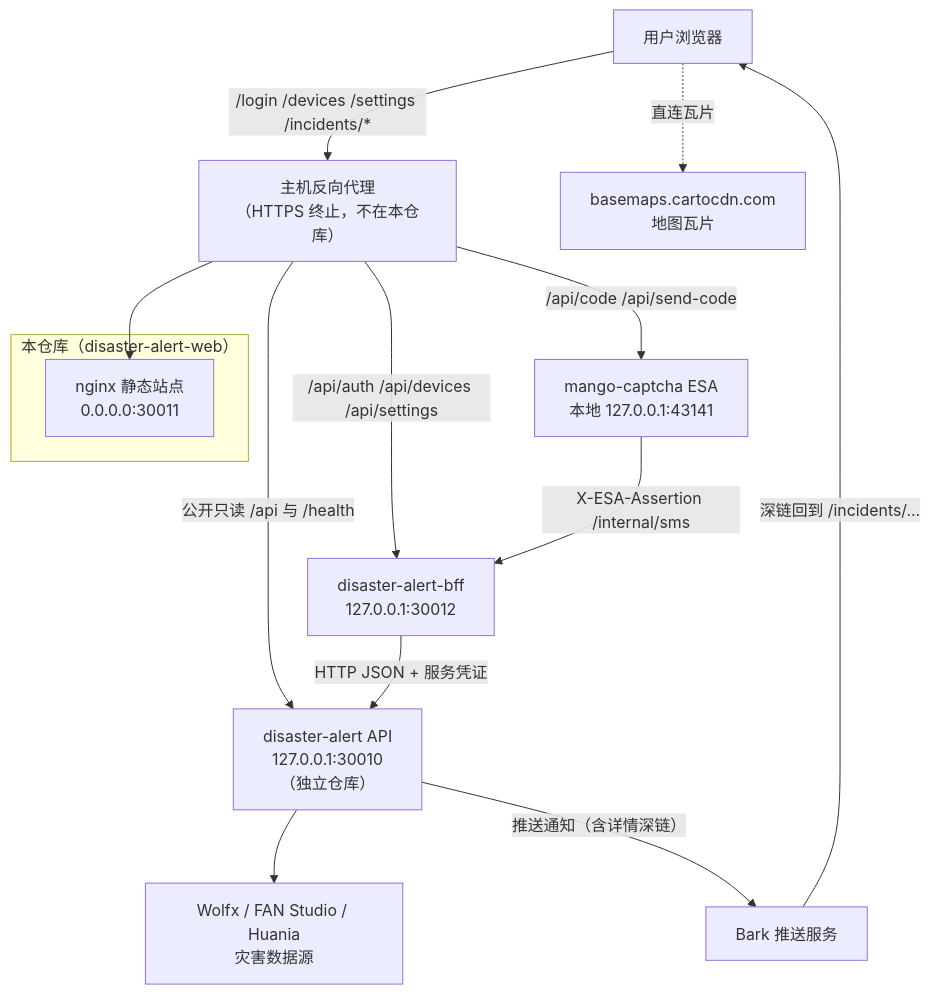
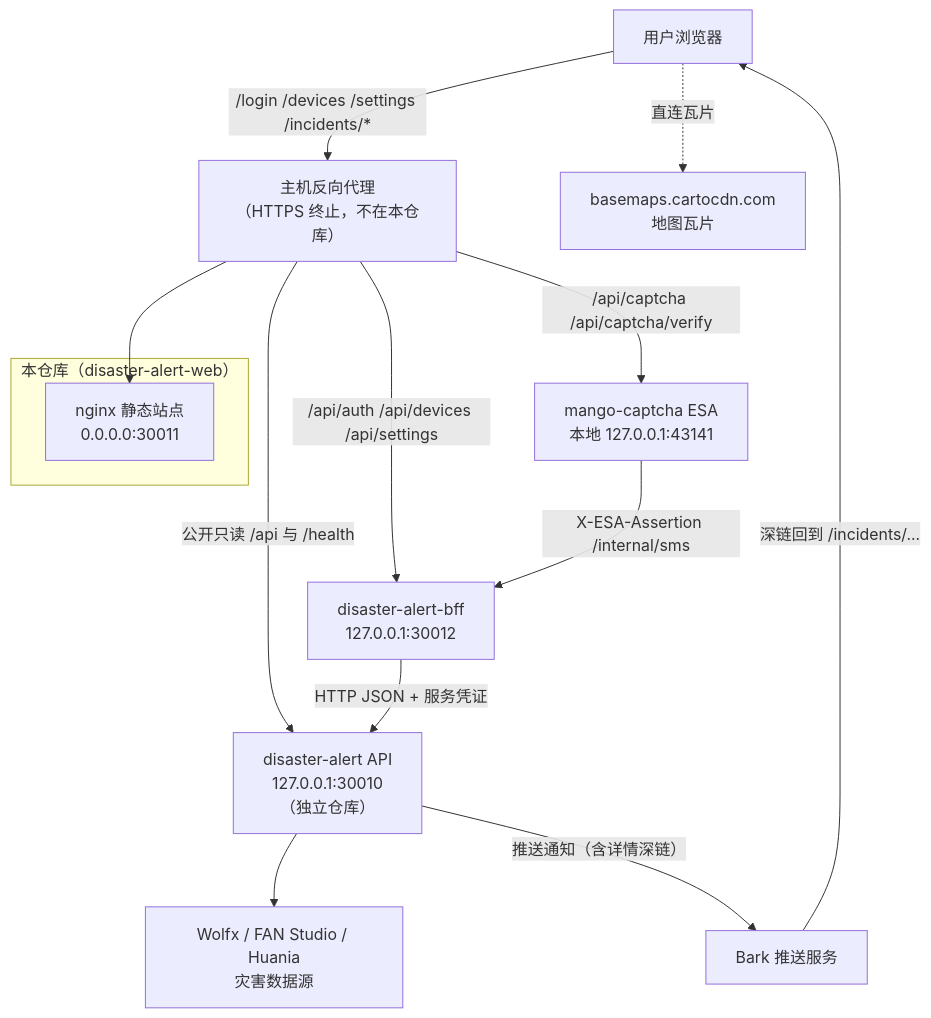
One commit to luyi2008/disaster-alert-web changed the first of 8 diagrams in docs/architecture.md. Above: the diagram before and after it, drawn with Mermaid. The commit also changed other lines of this file and 9 other files, not shown here.

First line of the commit message:
fix: point login captcha at /api/captcha and /api/captcha/verify (#36)

````diff
--- a/docs/architecture.md
+++ b/docs/architecture.md
@@ -25,26 +25,26 @@
 ```mermaid
 graph TB
     User["用户浏览器"]
     subgraph ThisRepo["本仓库（disaster-alert-web）"]
         Web["nginx 静态站点<br/>0.0.0.0:30011"]
     end
     Proxy["主机反向代理<br/>（HTTPS 终止，不在本仓库）"]
     BFF["disaster-alert-bff<br/>127.0.0.1:30012"]
     Captcha["mango-captcha ESA<br/>本地 127.0.0.1:43141"]
     API["disaster-alert API<br/>127.0.0.1:30010<br/>（独立仓库）"]
     Tiles["basemaps.cartocdn.com<br/>地图瓦片"]
     Bark["Bark 推送服务"]
     Sources["Wolfx / FAN Studio / Huania<br/>灾害数据源"]
 
     User -->|"/login /devices /settings /incidents/*"| Proxy
     Proxy --> Web
-    Proxy -->|"/api/code /api/send-code"| Captcha
+    Proxy -->|"/api/captcha /api/captcha/verify"| Captcha
     Proxy -->|"/api/auth /api/devices /api/settings"| BFF
     Proxy -->|"公开只读 /api 与 /health"| API
     Captcha -->|"X-ESA-Assertion /internal/sms"| BFF
     BFF -->|"HTTP JSON + 服务凭证"| API
     User -.->|"直连瓦片"| Tiles
     API --> Sources
     API -->|"推送通知（含详情深链）"| Bark
     Bark -->|"深链回到 /incidents/..."| User
 ```
````
